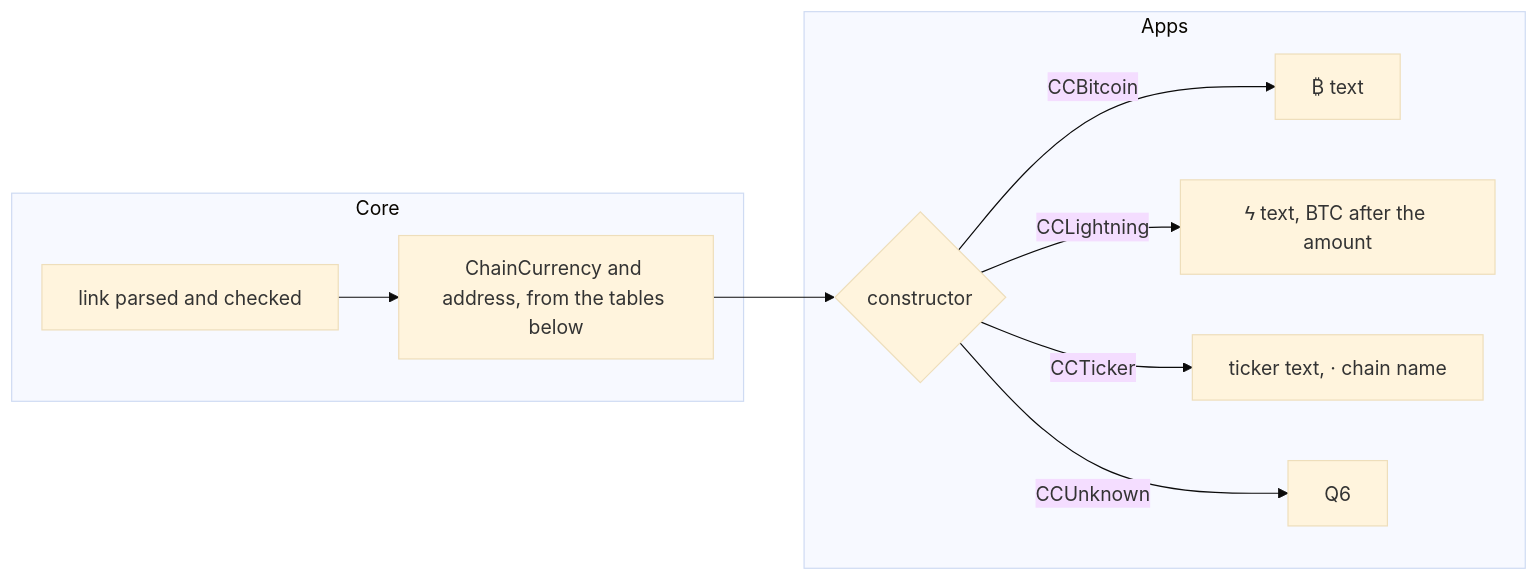
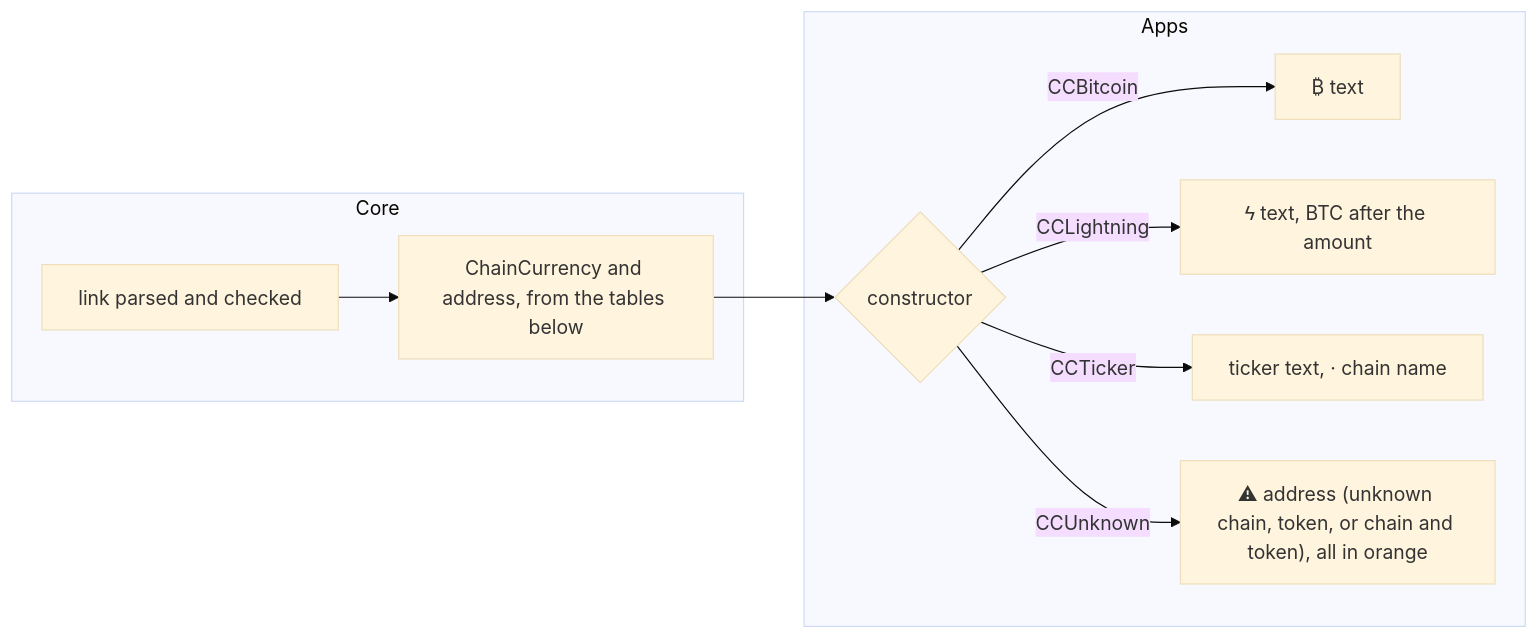
Before and after one commit to simplex-chat/simplex-chat: the fourth of 7 diagrams in plans/2026-11-22-payment-addresses.md, drawn with Mermaid (base theme). The commit also changed other lines of this file, not shown here.

Commit message:
core: payment addresses plan shows unknown chains and tokens in orange

````diff
--- a/plans/2026-11-22-payment-addresses.md
+++ b/plans/2026-11-22-payment-addresses.md
@@ -502,13 +511,13 @@
 ```mermaid
 flowchart LR
   subgraph Core
     P["link parsed and checked"] --> R["ChainCurrency and address, from the tables below"]
   end
   subgraph Apps
     R --> K{"constructor"}
     K -->|CCBitcoin| B["₿ text"]
     K -->|CCLightning| N["ϟ text, BTC after the amount"]
     K -->|CCTicker| T["ticker text, · chain name"]
-    K -->|CCUnknown| Q["Q6"]
+    K -->|CCUnknown| Q["⚠ address (unknown chain, token, or chain and token), all in orange"]
   end
 ```
````
